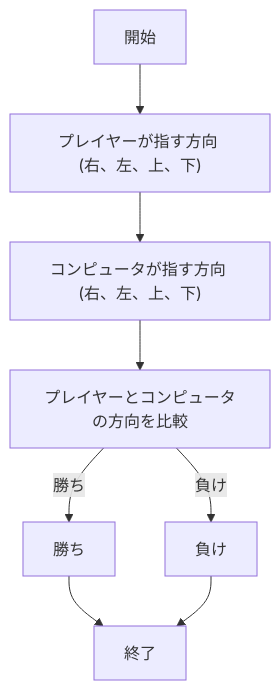
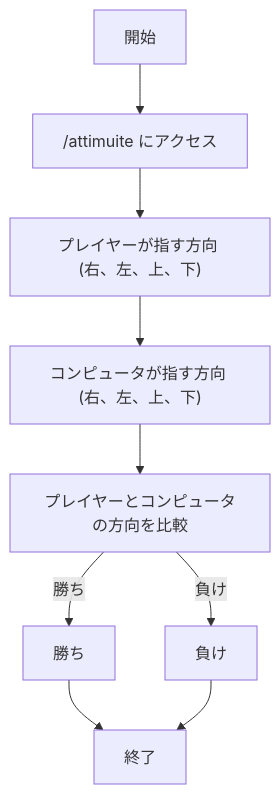
One commit to shigetomiharuto/webpro_06 changed the fifth of 6 diagrams in README.md. Above: the diagram before and after it, drawn with Mermaid. The commit also changed other lines of this file, not shown here.

````diff
--- a/README.md
+++ b/README.md
@@ -82,18 +172,20 @@
 ```mermaid
 flowchart TD;
   start["開始"]
+   access["/attimuite にアクセス"]
   player_choice["プレイヤーが指す方向 (右、左、上、下)"]
   cpu_choice["コンピュータが指す方向 (右、左、上、下)"]
   compare["プレイヤーとコンピュータの方向を比較"]
   win["勝ち"]
   lose["負け"]
   end1["終了"]
 
-  start --> player_choice
+  start --> access
+  access --> player_choice
   player_choice --> cpu_choice
   cpu_choice --> compare
   compare -->|勝ち| win
   compare -->|負け| lose
   win --> end1
   lose --> end1
 ```
````
